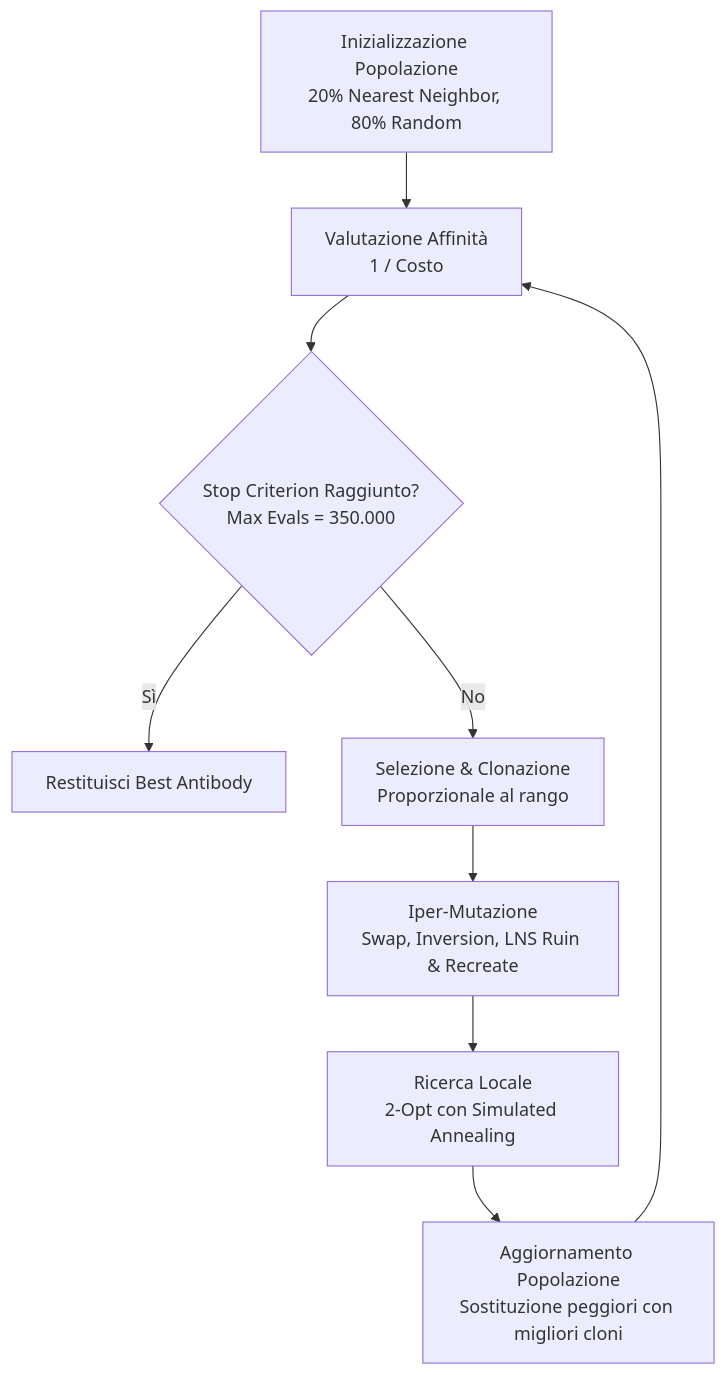
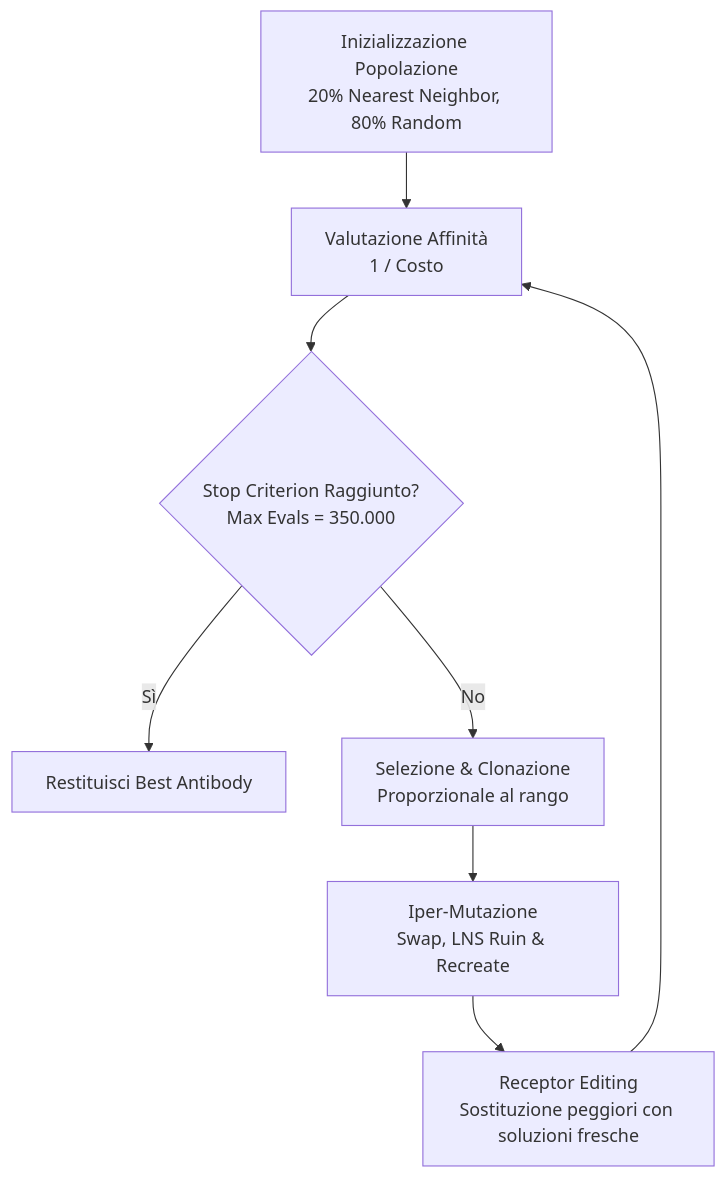
Before and after one commit to MaccarroneAlessia/Capacitated-Vehicle-Routing-Problem: the diagram in doc/REPORT.md, drawn with Mermaid. The commit also changed other lines of this file and 750 other files, not shown here.

````diff
--- a/doc/REPORT.md
+++ b/doc/REPORT.md
@@ -46,11 +56,10 @@
 ```mermaid
 graph TD
-    A[Inizializzazione Popolazione<br/>20% Nearest Neighbor, 80% Random] --> B[Valutazione Affinità<br/>1 / Costo]
-    B --> C{Stop Criterion Raggiunto?<br/>Max Evals = 350.000}
-    C -- Sì --> D[Restituisci Best Antibody]
-    C -- No --> E[Selezione & Clonazione<br/>Proporzionale al rango]
-    E --> F[Iper-Mutazione<br/>Swap, Inversion, LNS Ruin & Recreate]
-    F --> G[Ricerca Locale<br/>2-Opt con Simulated Annealing]
-    G --> H[Aggiornamento Popolazione<br/>Sostituzione peggiori con migliori cloni]
+    A["Inizializzazione Popolazione<br/>20% Nearest Neighbor, 80% Random"] --> B["Valutazione Affinità<br/>1 / Costo"]
+    B --> C{"Stop Criterion Raggiunto?<br/>Max Evals = 350.000"}
+    C -- Sì --> D["Restituisci Best Antibody"]
+    C -- No --> E["Selezione & Clonazione<br/>Proporzionale al rango"]
+    E --> F["Iper-Mutazione<br/>Swap, LNS Ruin & Recreate"]
+    F --> H["Receptor Editing<br/>Sostituzione peggiori con soluzioni fresche"]
     H --> B
 ```
````
